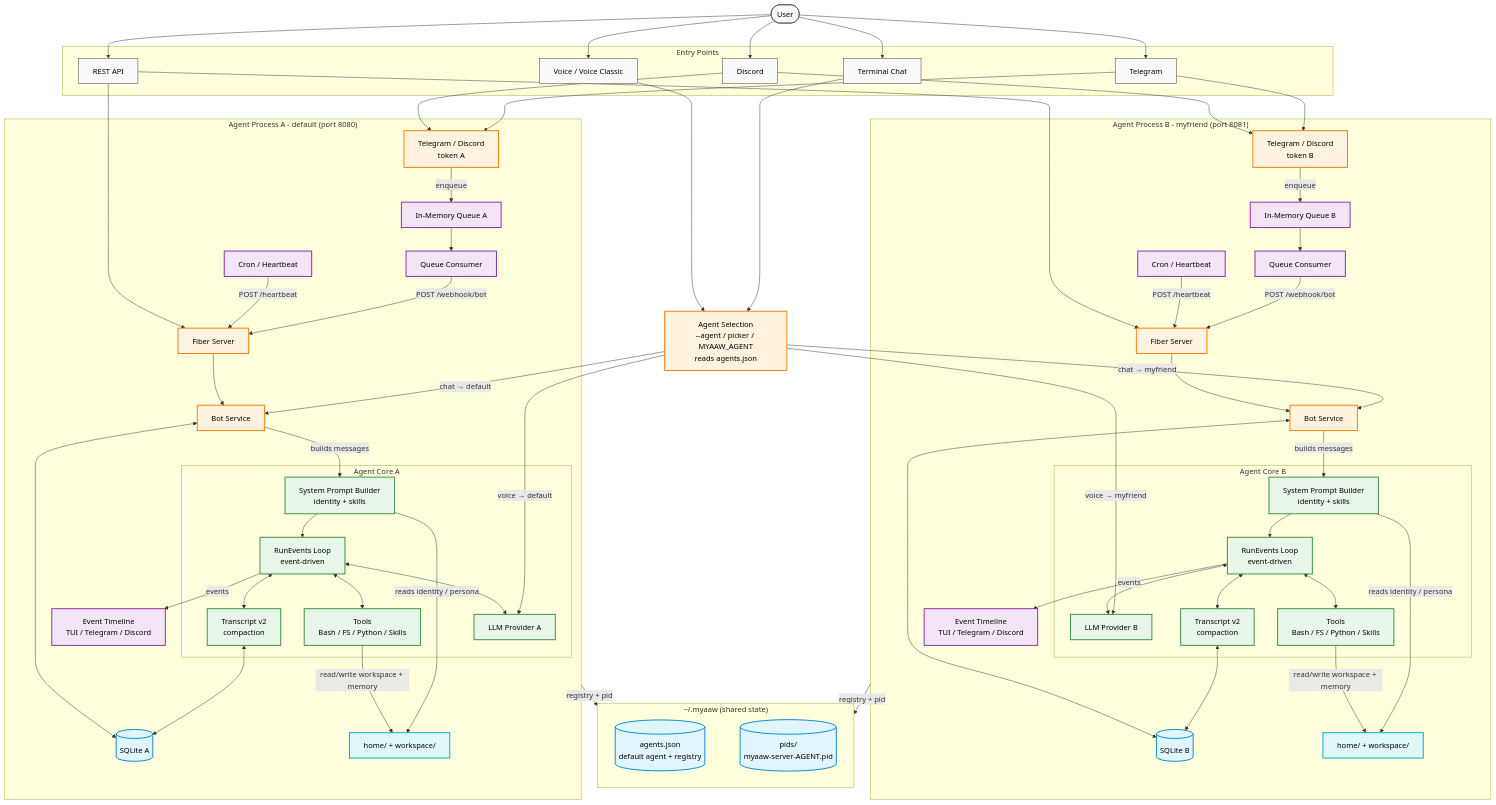
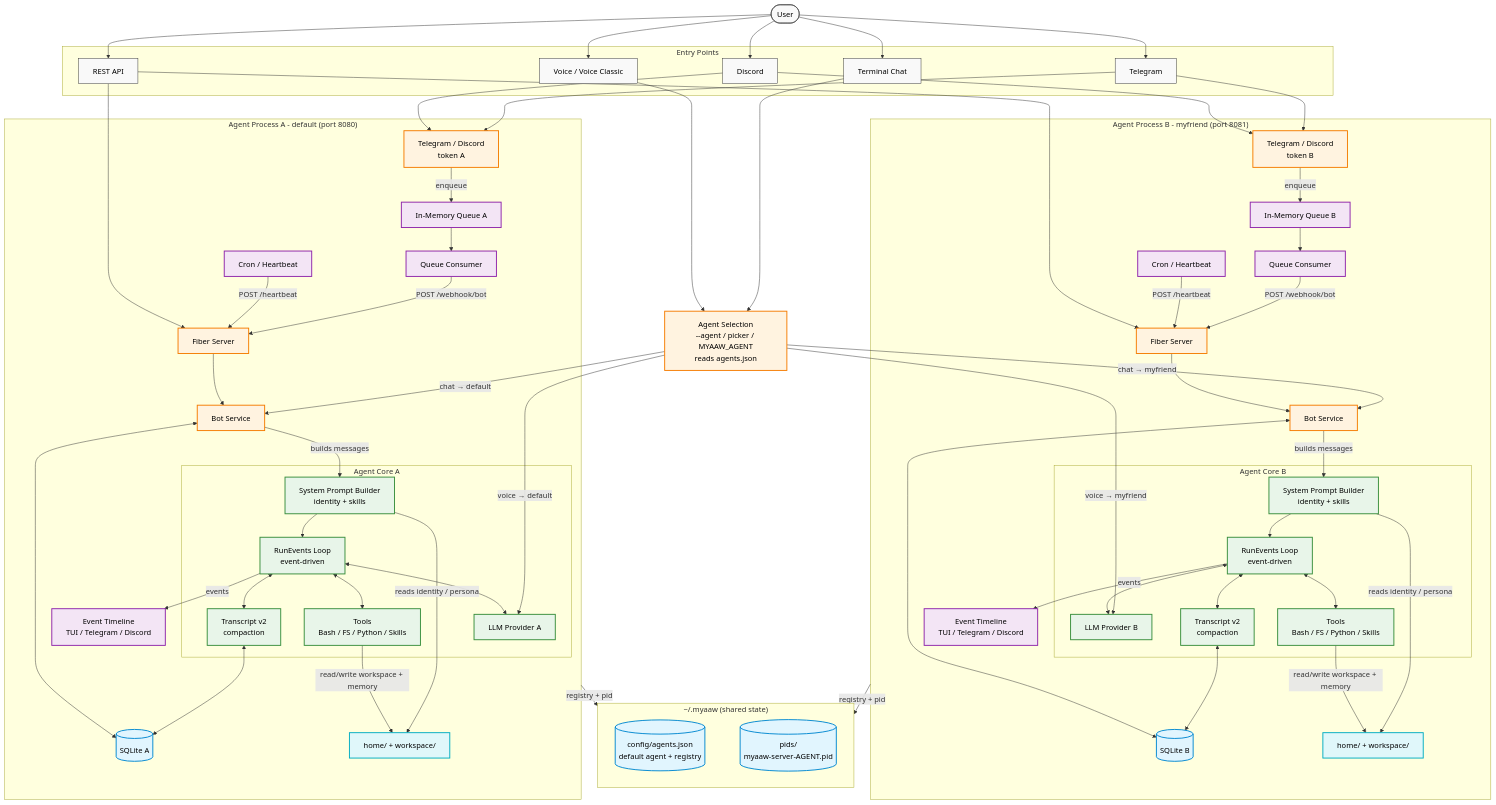
One commit to Shiyinq/myaaw changed the diagram in README.md. Above: the diagram before and after it, drawn with Mermaid. The commit also changed other lines of this file and 43 other files, not shown here.

```diff
--- a/README.md
+++ b/README.md
@@ -89,7 +89,7 @@
     User --> API
 
     subgraph SHARED["~/.myaaw (shared state)"]
-        REG[(agents.json<br/>default agent + registry)]
+        REG[(config/agents.json<br/>default agent + registry)]
         PIDS[(pids/<br/>myaaw-server-AGENT.pid)]
         REG ~~~ PIDS
     end
```
